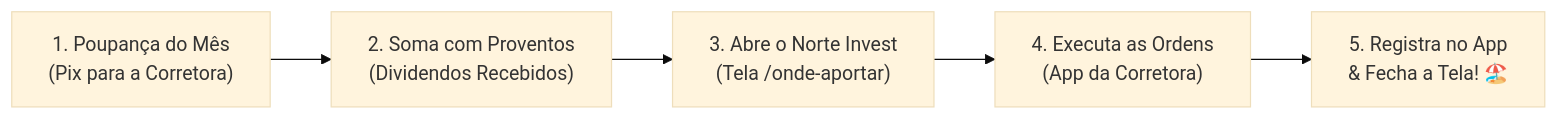
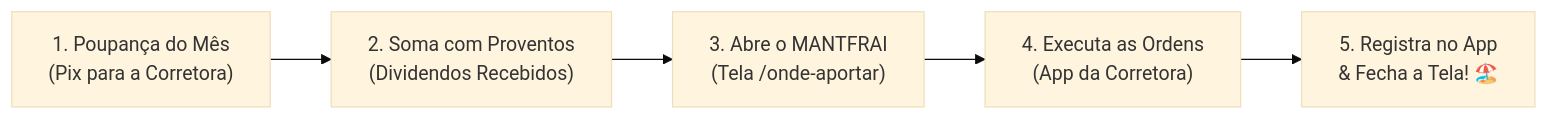
The diagram in src/data/academy/lessons/modulo-7/aula-7-3.md (Rickss100/Davi-Hidra), drawn with Mermaid (base theme) before and after one commit. The commit also changed other lines of this file and 43 other files, not shown here.

````diff
--- a/src/data/academy/lessons/modulo-7/aula-7-3.md
+++ b/src/data/academy/lessons/modulo-7/aula-7-3.md
@@ -42,7 +42,7 @@
 ```mermaid
 flowchart LR
     P1["1. Poupança do Mês<br/>(Pix para a Corretora)"] --> P2["2. Soma com Proventos<br/>(Dividendos Recebidos)"]
-    P2 --> P3["3. Abre o Norte Invest<br/>(Tela /onde-aportar)"]
+    P2 --> P3["3. Abre o MANTFRAI<br/>(Tela /onde-aportar)"]
     P3 --> P4["4. Executa as Ordens<br/>(App da Corretora)"]
     P4 --> P5["5. Registra no App<br/>& Fecha a Tela! 🏖️"]
 ```
````
